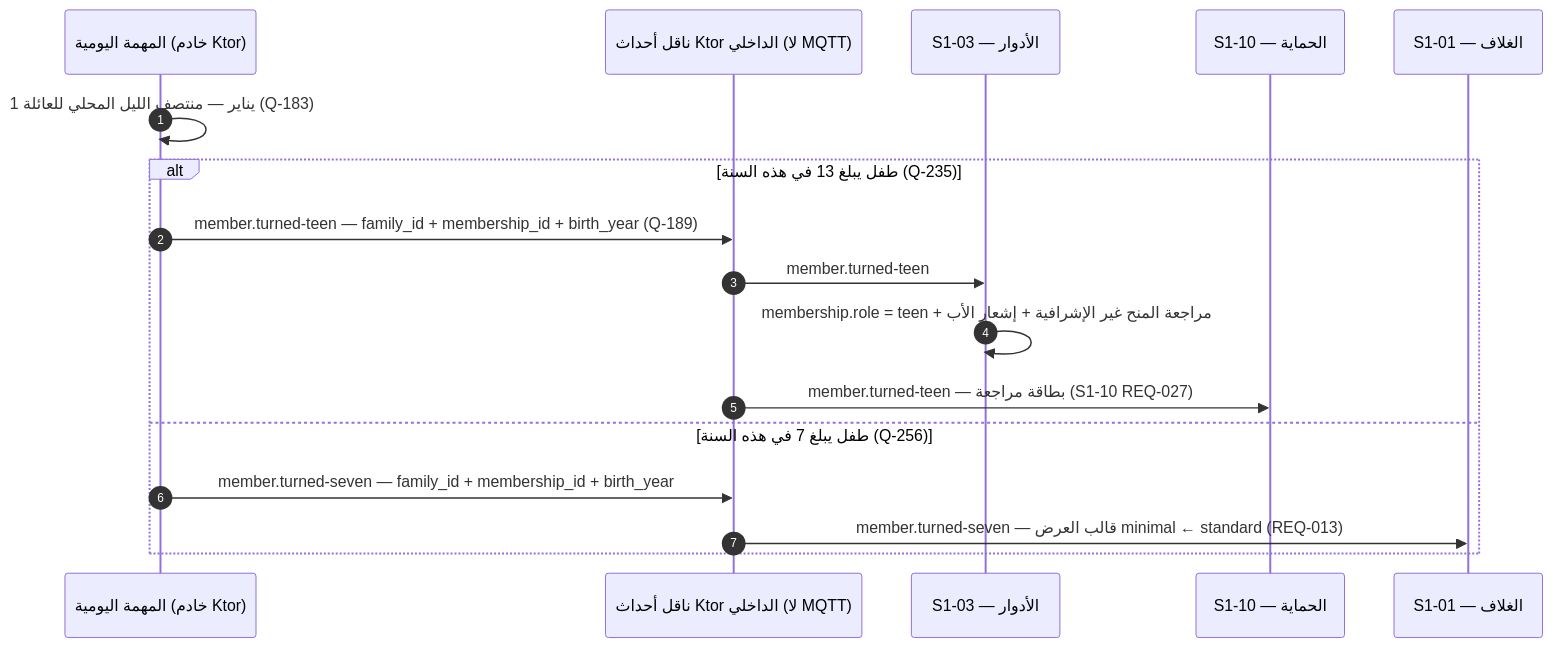
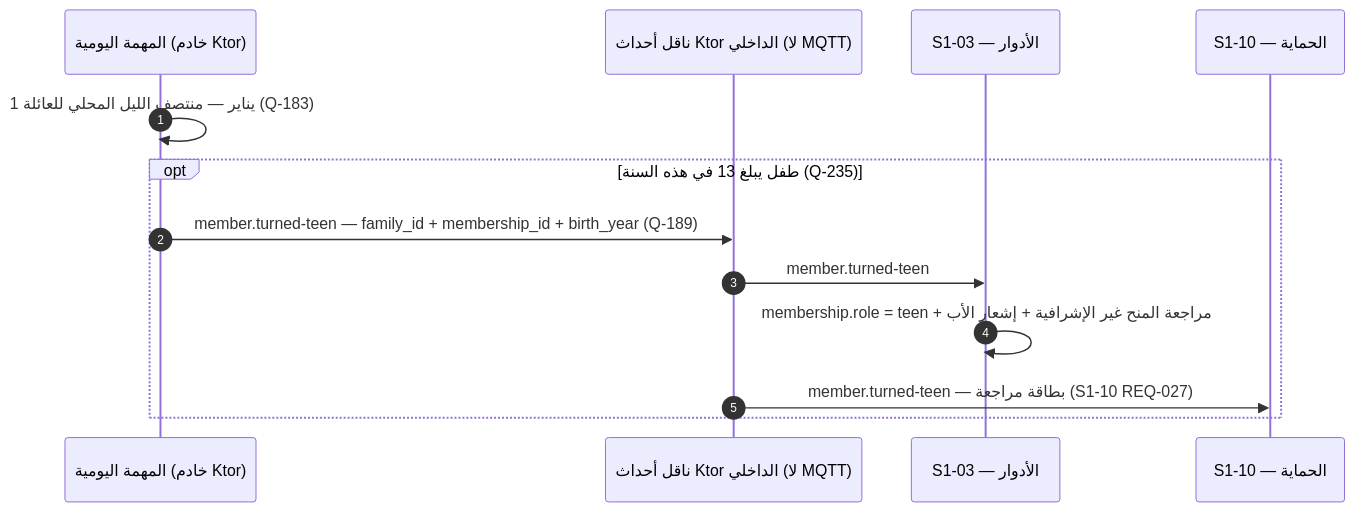
Before and after one commit to Bassam-mohammed-alqaeadi/family-os-v2: diagram 12 of 17 in docs/family-os/governance/phases/phase-1/S1-02-identity-and-onboarding/DIAGRAMS.md, drawn with Mermaid. The commit also changed other lines of this file and 22 other files, not shown here.

First line of the commit message:
docs(phase-1): redraw diagrams of the ten systems on the approved design (Q-428)

````diff
--- a/docs/family-os/governance/phases/phase-1/S1-02-identity-and-onboarding/DIAGRAMS.md
+++ b/docs/family-os/governance/phases/phase-1/S1-02-identity-and-onboarding/DIAGRAMS.md
@@ -608,19 +616,15 @@
 ```mermaid
 sequenceDiagram
     autonumber
     participant Job as المهمة اليومية (خادم Ktor)
     participant Bus as ناقل أحداث Ktor الداخلي (لا MQTT)
     participant S103 as S1-03 — الأدوار
     participant S110 as S1-10 — الحماية
-    participant S101 as S1-01 — الغلاف
     Job->>Job: 1 يناير — منتصف الليل المحلي للعائلة (Q-183)
-    alt طفل يبلغ 13 في هذه السنة (Q-235)
+    opt طفل يبلغ 13 في هذه السنة (Q-235)
         Job->>Bus: member.turned-teen — family_id + membership_id + birth_year (Q-189)
         Bus->>S103: member.turned-teen
         S103->>S103: membership.role = teen + مراجعة المنح غير الإشرافية + إشعار الأب
         Bus->>S110: member.turned-teen — بطاقة مراجعة (S1-10 REQ-027)
-    else طفل يبلغ 7 في هذه السنة (Q-256)
-        Job->>Bus: member.turned-seven — family_id + membership_id + birth_year
-        Bus->>S101: member.turned-seven — قالب العرض minimal ← standard (REQ-013)
     end
 ```
````
